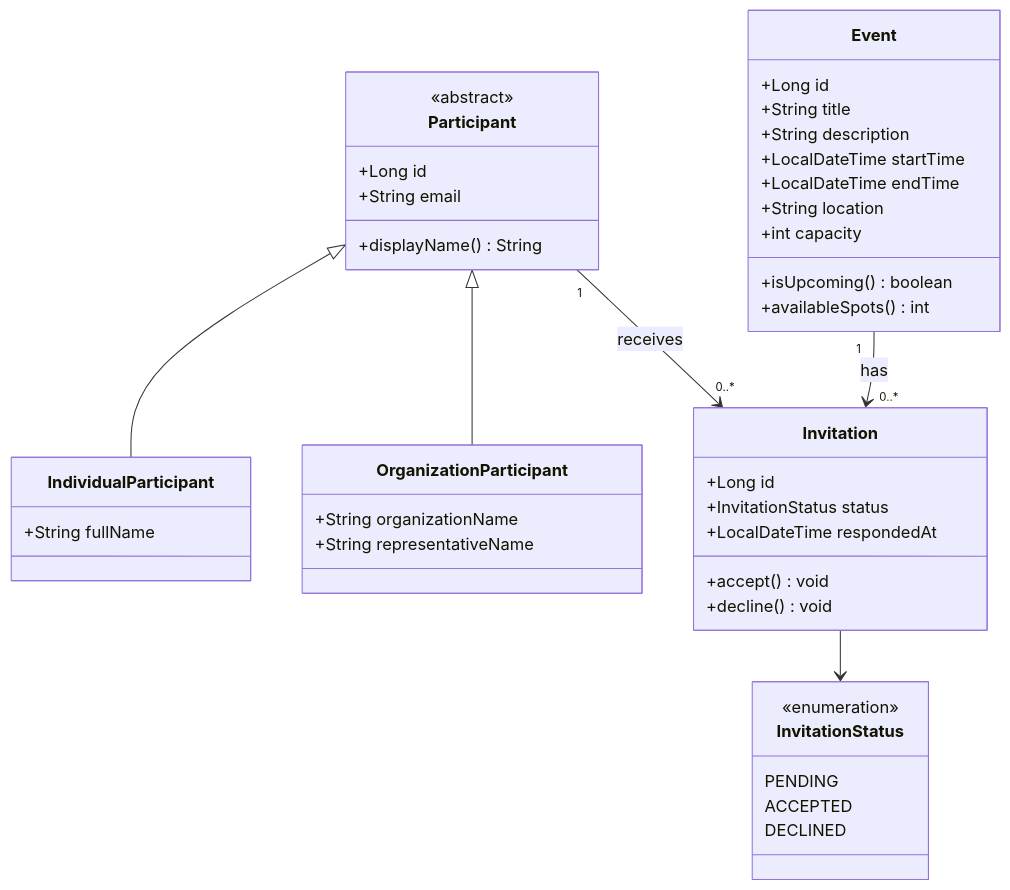
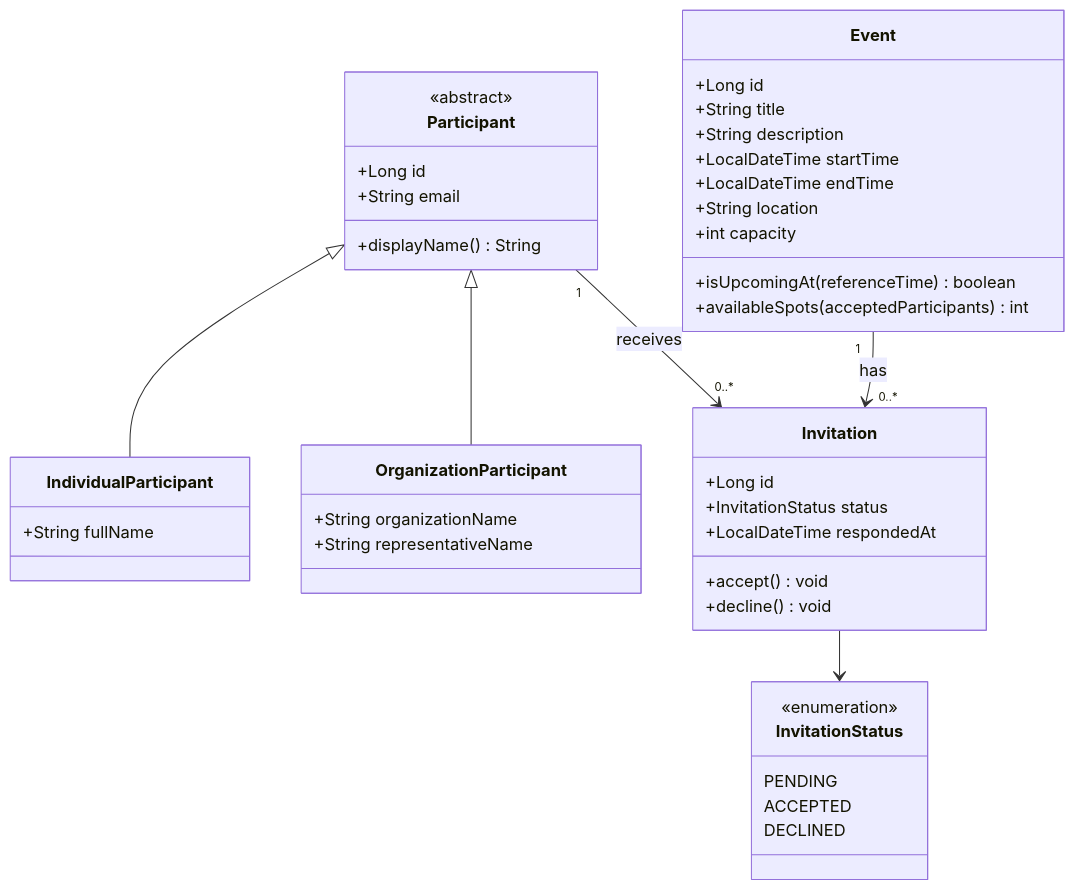
One commit to FSopelsa/Project-test-1 changed the first of 2 diagrams in README.md. Above: the diagram before and after it, drawn with Mermaid. The commit also changed other lines of this file and 6 other files, not shown here.

````diff
--- a/README.md
+++ b/README.md
@@ -189,51 +227,51 @@
 ```mermaid
 classDiagram
     class Event {
         +Long id
         +String title
         +String description
         +LocalDateTime startTime
         +LocalDateTime endTime
         +String location
         +int capacity
-        +isUpcoming() boolean
-        +availableSpots() int
+        +isUpcomingAt(referenceTime) boolean
+        +availableSpots(acceptedParticipants) int
     }
 
     class Participant {
         <<abstract>>
         +Long id
         +String email
         +displayName() String
     }
 
     class IndividualParticipant {
         +String fullName
     }
 
     class OrganizationParticipant {
         +String organizationName
         +String representativeName
     }
 
     class Invitation {
         +Long id
         +InvitationStatus status
         +LocalDateTime respondedAt
         +accept() void
         +decline() void
     }
 
     class InvitationStatus {
         <<enumeration>>
         PENDING
         ACCEPTED
         DECLINED
     }
 
     Participant <|-- IndividualParticipant
     Participant <|-- OrganizationParticipant
     Event "1" --> "0..*" Invitation : has
     Participant "1" --> "0..*" Invitation : receives
     Invitation --> InvitationStatus
 ```
````
